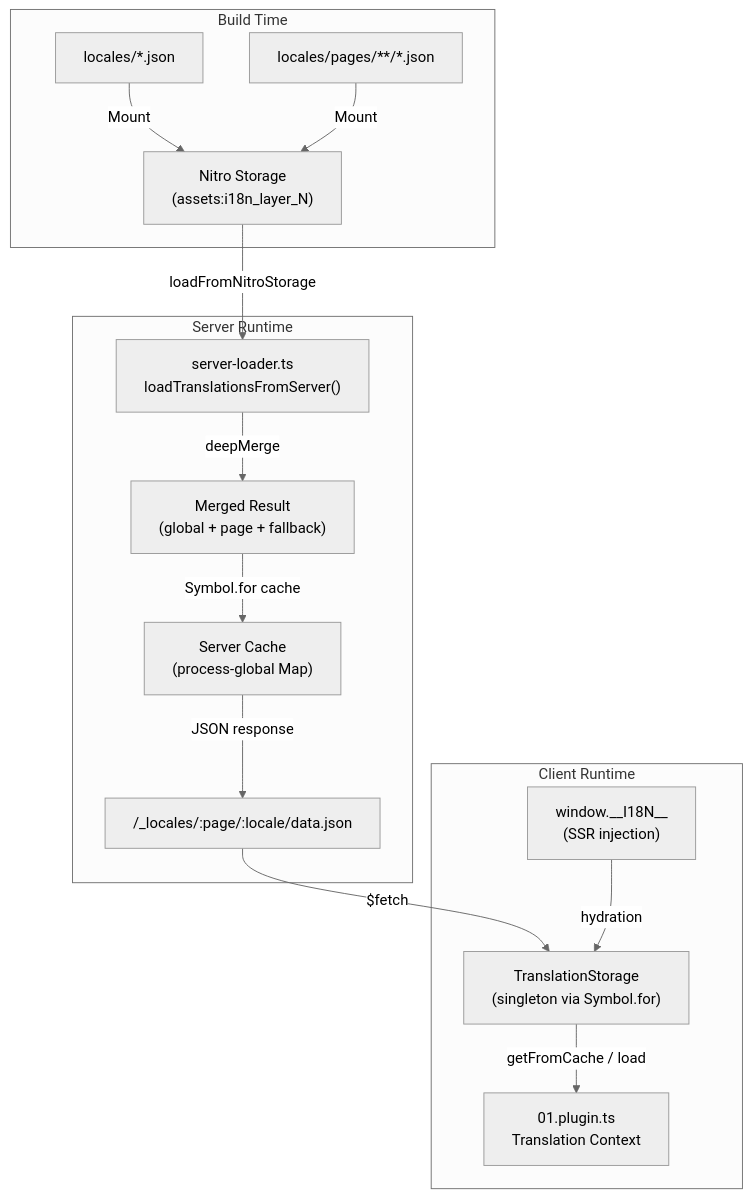
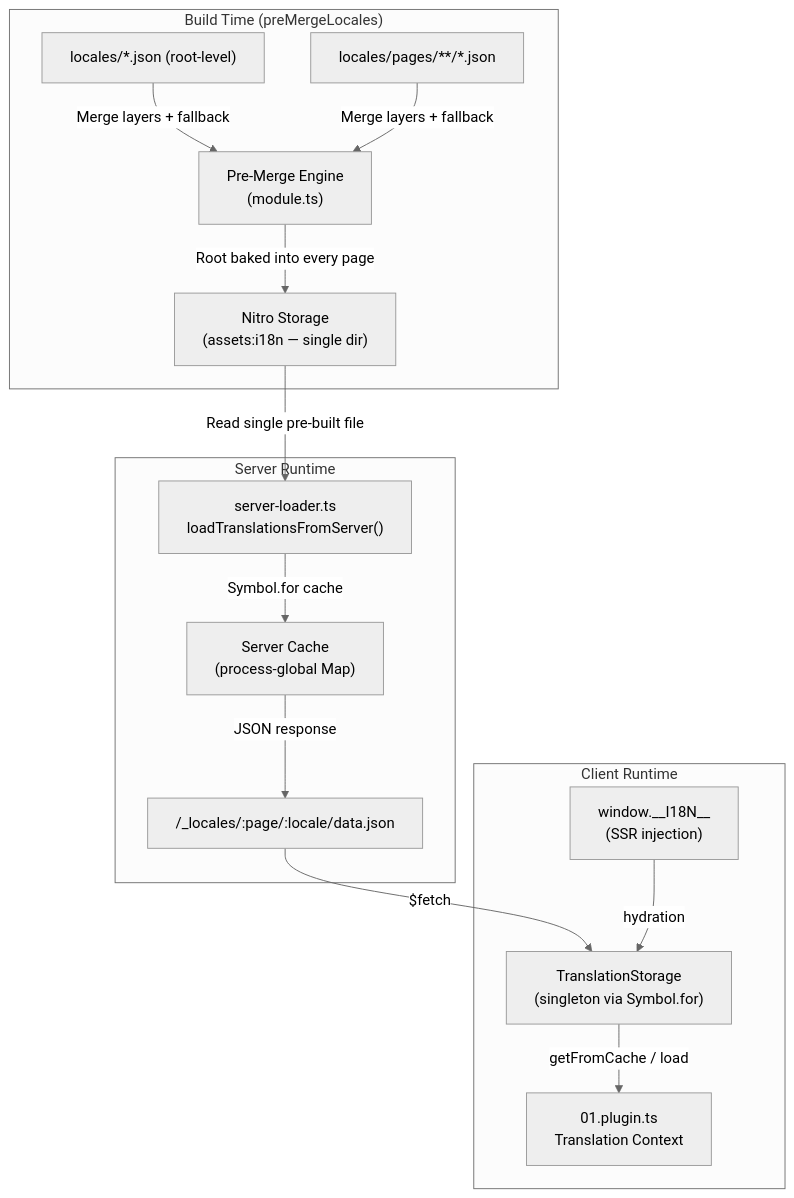
One commit to s00d/nuxt-i18n-micro changed the diagram in docs/api/i18n-cache-api.md. Above: the diagram before and after it, drawn with Mermaid (neutral theme). The commit also changed other lines of this file, not shown here.

Commit message:
docs(i18n-cache-api): update cache API documentation for clarity

````diff
--- a/docs/api/i18n-cache-api.md
+++ b/docs/api/i18n-cache-api.md
@@ -11,20 +11,20 @@
 ```mermaid
 flowchart TB
-    subgraph Build["Build Time"]
-        F1["locales/*.json"] -->|Mount| NS["Nitro Storage<br/>(assets:i18n_layer_N)"]
-        F2["locales/pages/**/*.json"] -->|Mount| NS
+    subgraph Build["Build Time (preMergeLocales)"]
+        F1["locales/*.json (root-level)"] -->|Merge layers + fallback| PM["Pre-Merge Engine<br/>(module.ts)"]
+        F2["locales/pages/**/*.json"] -->|Merge layers + fallback| PM
+        PM -->|"Root baked into every page"| NS["Nitro Storage<br/>(assets:i18n — single dir)"]
     end
 
     subgraph Server["Server Runtime"]
-        NS -->|loadFromNitroStorage| SL["server-loader.ts<br/>loadTranslationsFromServer()"]
-        SL -->|deepMerge| MR["Merged Result<br/>(global + page + fallback)"]
-        MR -->|Symbol.for cache| SC["Server Cache<br/>(process-global Map)"]
+        NS -->|"Read single pre-built file"| SL["server-loader.ts<br/>loadTranslationsFromServer()"]
+        SL -->|Symbol.for cache| SC["Server Cache<br/>(process-global Map)"]
         SC -->|JSON response| API["/_locales/:page/:locale/data.json"]
     end
 
     subgraph Client["Client Runtime"]
         API -->|$fetch| TS["TranslationStorage<br/>(singleton via Symbol.for)"]
         SSR["window.__I18N__<br/>(SSR injection)"] -->|hydration| TS
         TS -->|getFromCache / load| PL["01.plugin.ts<br/>Translation Context"]
     end
 ```
````
